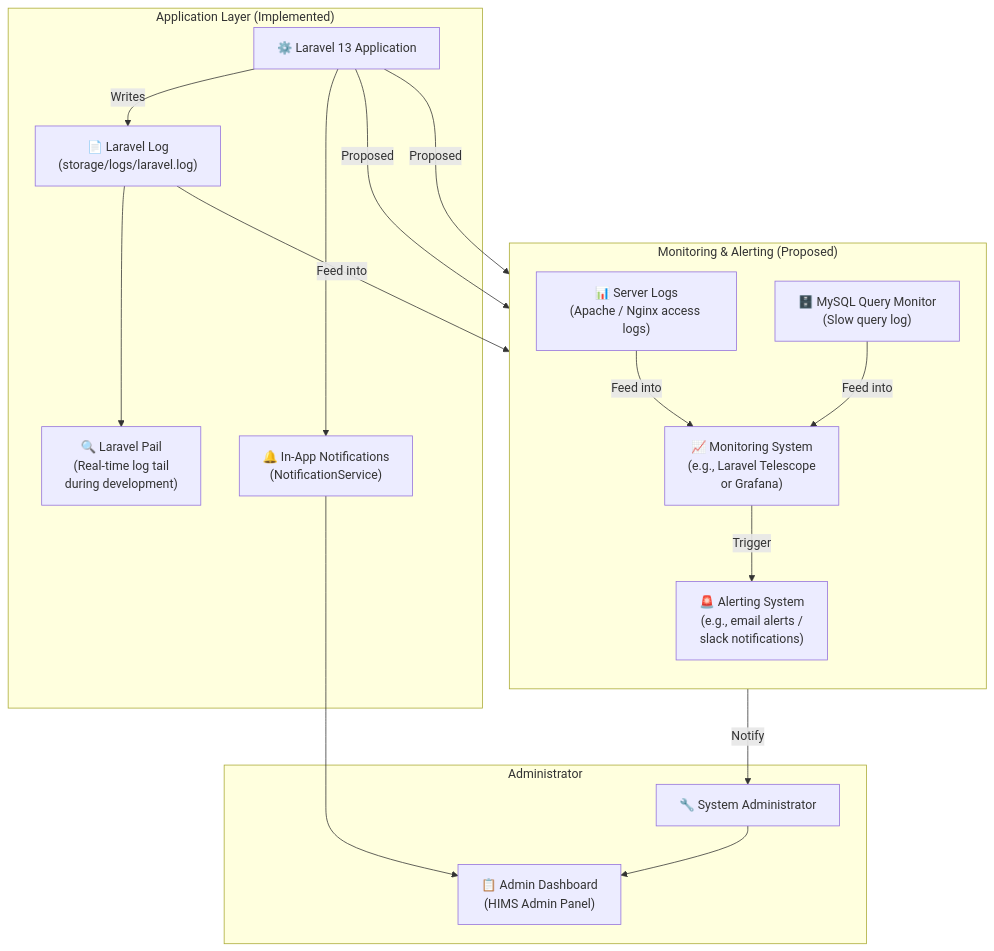
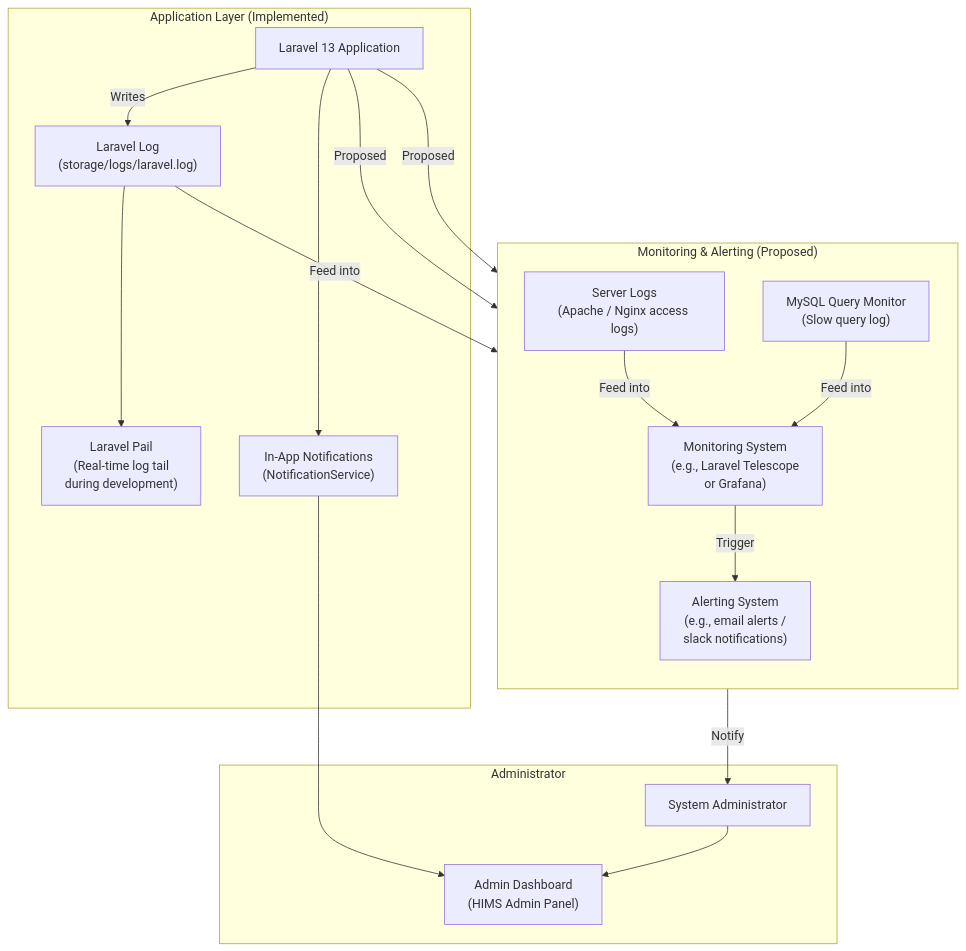
The eighth of 14 diagrams in hims_14_diagrams.md (Lesthermonleon/DTCS), drawn with Mermaid before and after one commit. The commit also changed other lines of this file and 98 other files, not shown here.

Commit message:
feat: adopt ditc_hms_schema.sql as database single source of truth and remove obsolete migrations/seeders

````diff
--- a/hims_14_diagrams.md
+++ b/hims_14_diagrams.md
@@ -369,34 +369,34 @@
 ```mermaid
 graph TD
     subgraph APP_LAYER["Application Layer (Implemented)"]
-        LARAVEL["⚙️ Laravel 13 Application"]
-        PHP_LOG["📄 Laravel Log\n(storage/logs/laravel.log)"]
-        PAIL["🔍 Laravel Pail\n(Real-time log tail\nduring development)"]
-        NOTIF["🔔 In-App Notifications\n(NotificationService)"]
+        LARAVEL["Laravel 13 Application"]
+        PHP_LOG["Laravel Log\n(storage/logs/laravel.log)"]
+        PAIL["Laravel Pail\n(Real-time log tail\nduring development)"]
+        NOTIF["In-App Notifications\n(NotificationService)"]
     end
 
     subgraph PROPOSED["Monitoring & Alerting (Proposed)"]
         direction TB
-        SYSLOG["📊 Server Logs\n(Apache / Nginx access logs)"]
-        DBMON["🗄️ MySQL Query Monitor\n(Slow query log)"]
-        MON_SYS["📈 Monitoring System\n(e.g., Laravel Telescope\nor Grafana)"]
-        ALERT_SYS["🚨 Alerting System\n(e.g., email alerts /\nslack notifications)"]
+        SYSLOG["Server Logs\n(Apache / Nginx access logs)"]
+        DBMON["MySQL Query Monitor\n(Slow query log)"]
+        MON_SYS["Monitoring System\n(e.g., Laravel Telescope\nor Grafana)"]
+        ALERT_SYS["Alerting System\n(e.g., email alerts /\nslack notifications)"]
     end
 
     subgraph ADMIN_LAYER["Administrator"]
-        SYS_ADMIN["🔧 System Administrator"]
-        DASHBOARD_MON["📋 Admin Dashboard\n(HIMS Admin Panel)"]
+        SYS_ADMIN["System Administrator"]
+        DASHBOARD_MON["Admin Dashboard\n(HIMS Admin Panel)"]
     end
 
     LARAVEL -->|Writes| PHP_LOG
     PHP_LOG --> PAIL
     LARAVEL --> NOTIF
     NOTIF --> DASHBOARD_MON
     SYS_ADMIN --> DASHBOARD_MON
 
     LARAVEL -->|Proposed| SYSLOG
     LARAVEL -->|Proposed| DBMON
     SYSLOG & DBMON & PHP_LOG -->|Feed into| MON_SYS
     MON_SYS -->|Trigger| ALERT_SYS
     ALERT_SYS -->|Notify| SYS_ADMIN
 ```
````
